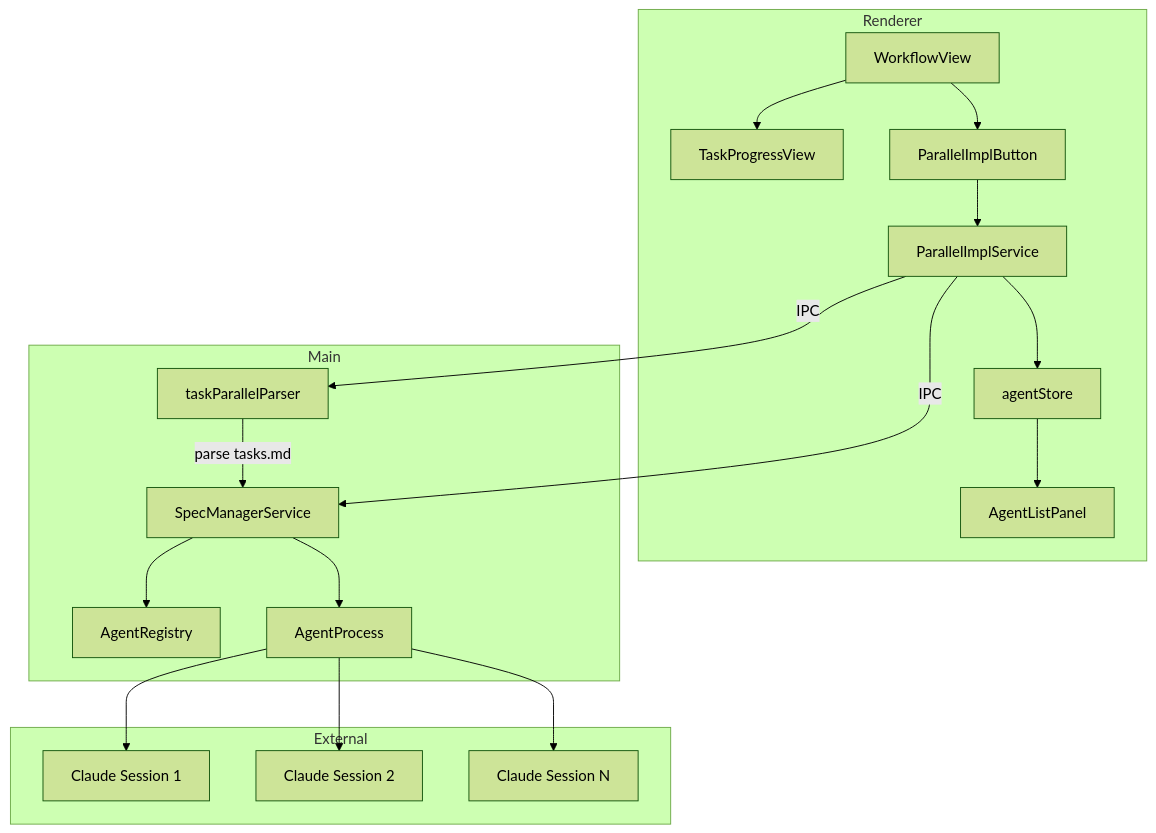
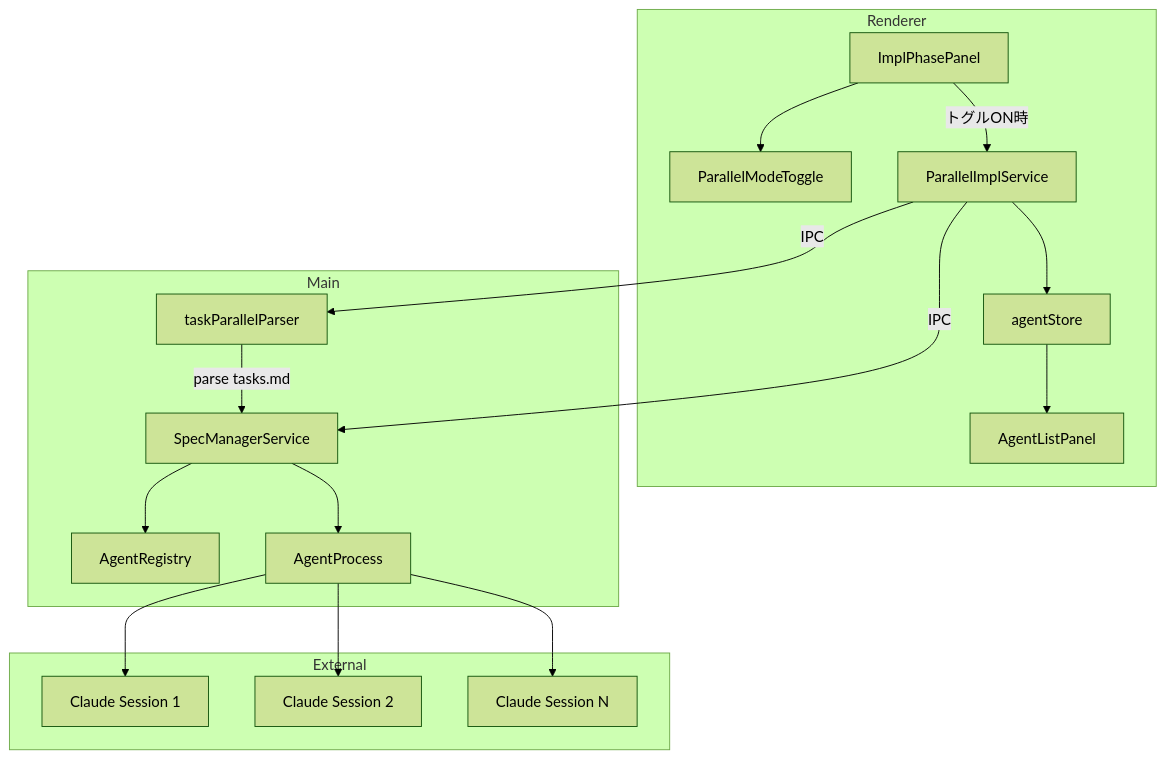
One commit to hummer98/sdd-orchestrator changed the first of 3 diagrams in .kiro/specs/parallel-task-impl/design.md. Above: the diagram before and after it, drawn with Mermaid (forest theme). The commit also changed other lines of this file and 5 other files, not shown here.

First line of the commit message:
docs(parallel-task-impl): update spec with document review

````diff
--- a/.kiro/specs/parallel-task-impl/design.md
+++ b/.kiro/specs/parallel-task-impl/design.md
@@ -30,39 +28,37 @@
 ```mermaid
 graph TB
     subgraph Renderer
-        WorkflowView[WorkflowView]
-        TaskProgressView[TaskProgressView]
-        ParallelBtn[ParallelImplButton]
+        ImplPhasePanel[ImplPhasePanel]
+        ParallelToggle[ParallelModeToggle]
         ParallelSvc[ParallelImplService]
         AgentStore[agentStore]
         AgentListPanel[AgentListPanel]
     end
 
     subgraph Main
         TaskParser[taskParallelParser]
         SpecManager[SpecManagerService]
         AgentRegistry[AgentRegistry]
         AgentProcess[AgentProcess]
     end
 
     subgraph External
         Claude1[Claude Session 1]
         Claude2[Claude Session 2]
         ClaudeN[Claude Session N]
     end
 
-    WorkflowView --> TaskProgressView
-    WorkflowView --> ParallelBtn
-    ParallelBtn --> ParallelSvc
+    ImplPhasePanel --> ParallelToggle
+    ImplPhasePanel -->|トグルON時| ParallelSvc
     ParallelSvc --> AgentStore
     ParallelSvc -->|IPC| TaskParser
     ParallelSvc -->|IPC| SpecManager
     AgentStore --> AgentListPanel
 
     TaskParser -->|parse tasks.md| SpecManager
     SpecManager --> AgentRegistry
     SpecManager --> AgentProcess
     AgentProcess --> Claude1
     AgentProcess --> Claude2
     AgentProcess --> ClaudeN
 ```
````
